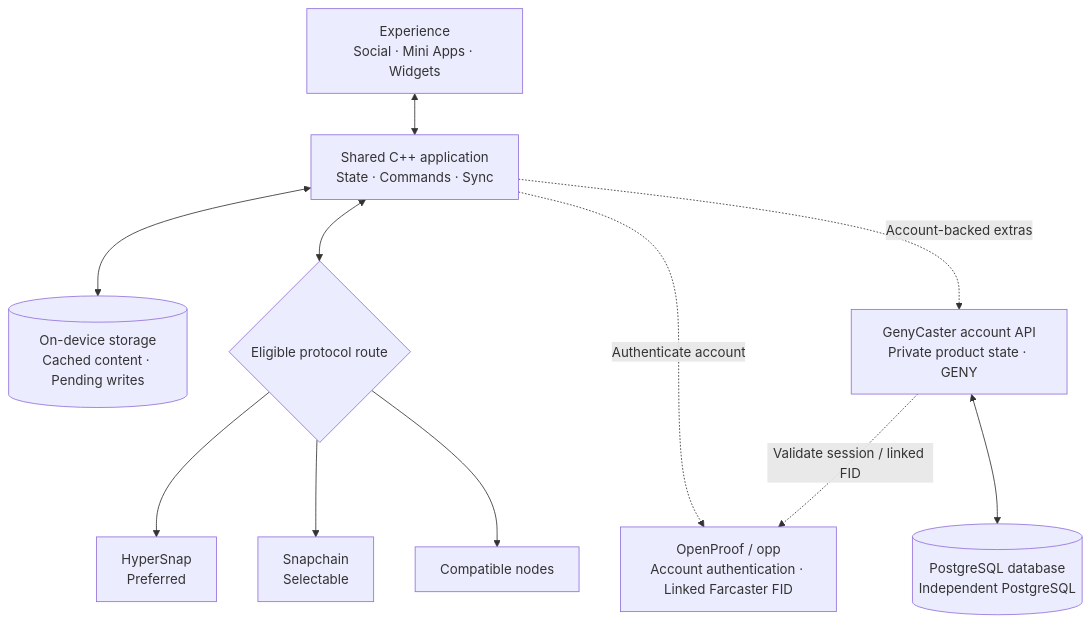
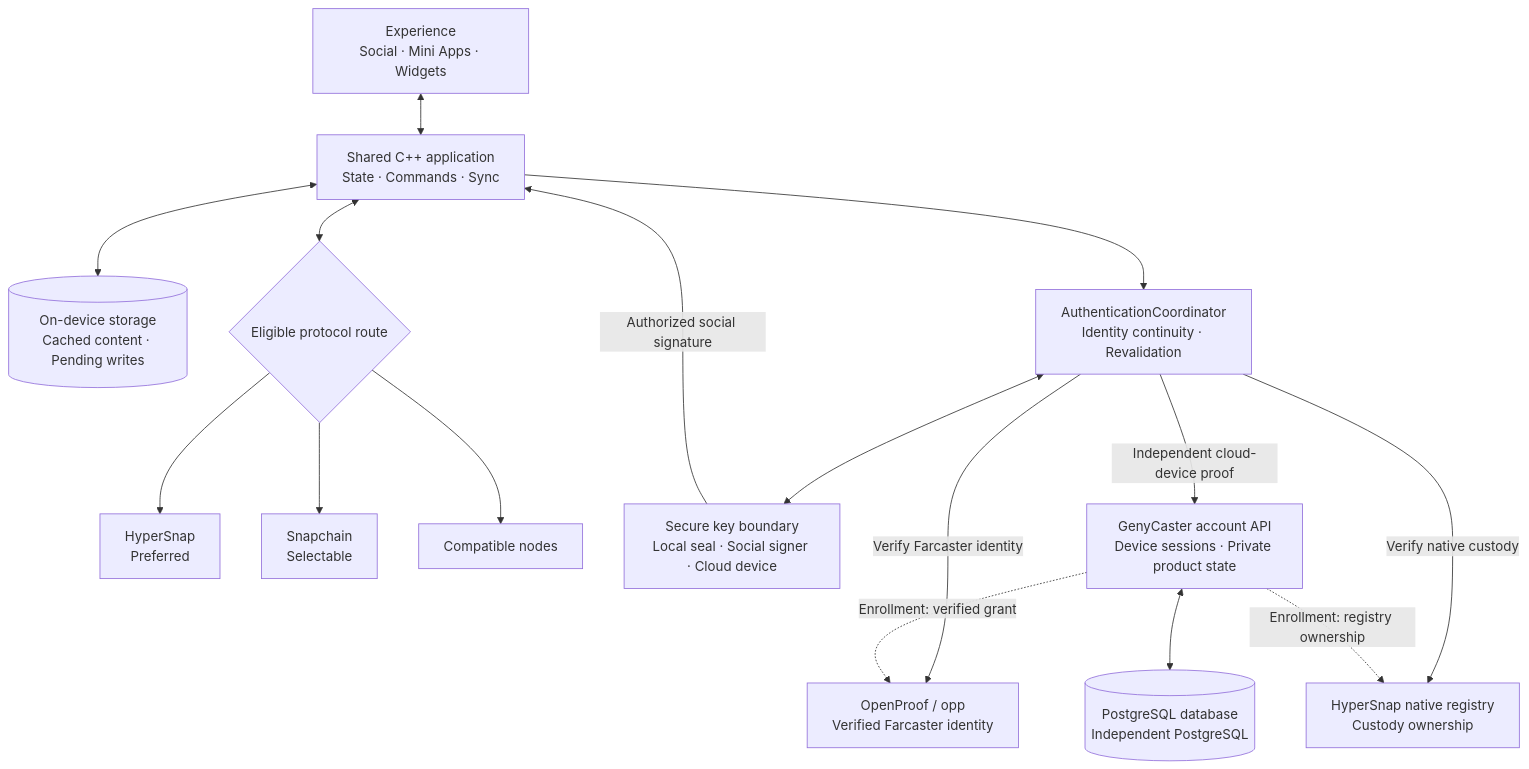
One commit to genyleap/genycaster changed the first of 6 diagrams in docs/ARCHITECTURE.md. Above: the diagram before and after it, drawn with Mermaid. The commit also changed other lines of this file and 15 other files, not shown here.

Commit message:
Document independent authentication authorities and security rollout [skip ci]

````diff
--- a/docs/ARCHITECTURE.md
+++ b/docs/ARCHITECTURE.md
@@ -9,24 +9,32 @@
 ```mermaid
 flowchart TB
     UI["Experience<br/>Social · Mini Apps · Widgets"]
     CORE["Shared C++ application<br/>State · Commands · Sync"]
     STORE[("On-device storage<br/>Cached content · Pending writes")]
     ROUTER{"Eligible protocol route"}
     H["HyperSnap<br/>Preferred"]
     S["Snapchain<br/>Selectable"]
     O["Compatible nodes"]
-    IDENTITY["OpenProof / opp<br/>Account authentication · Linked Farcaster FID"]
-    PRODUCT["GenyCaster account API<br/>Private product state · GENY"]
+    AUTH["AuthenticationCoordinator<br/>Identity continuity · Revalidation"]
+    IDENTITY["OpenProof / opp<br/>Verified Farcaster identity"]
+    NATIVE["HyperSnap native registry<br/>Custody ownership"]
+    VAULT["Secure key boundary<br/>Local seal · Social signer · Cloud device"]
+    PRODUCT["GenyCaster account API<br/>Device sessions · Private product state"]
     PG[("PostgreSQL database<br/>Independent PostgreSQL")]
 
     UI <--> CORE
     CORE <--> STORE
     CORE <--> ROUTER
     ROUTER --> H
     ROUTER --> S
     ROUTER --> O
-    CORE -. "Authenticate account" .-> IDENTITY
-    CORE -. "Account-backed extras" .-> PRODUCT
+    CORE --> AUTH
+    AUTH -->|"Verify Farcaster identity"| IDENTITY
+    AUTH -->|"Verify native custody"| NATIVE
+    AUTH <--> VAULT
+    VAULT -->|"Authorized social signature"| CORE
+    AUTH -->|"Independent cloud-device proof"| PRODUCT
     PRODUCT <--> PG
-    PRODUCT -. "Validate session / linked FID" .-> IDENTITY
+    PRODUCT -. "Enrollment: verified grant" .-> IDENTITY
+    PRODUCT -. "Enrollment: registry ownership" .-> NATIVE
 ```
````
